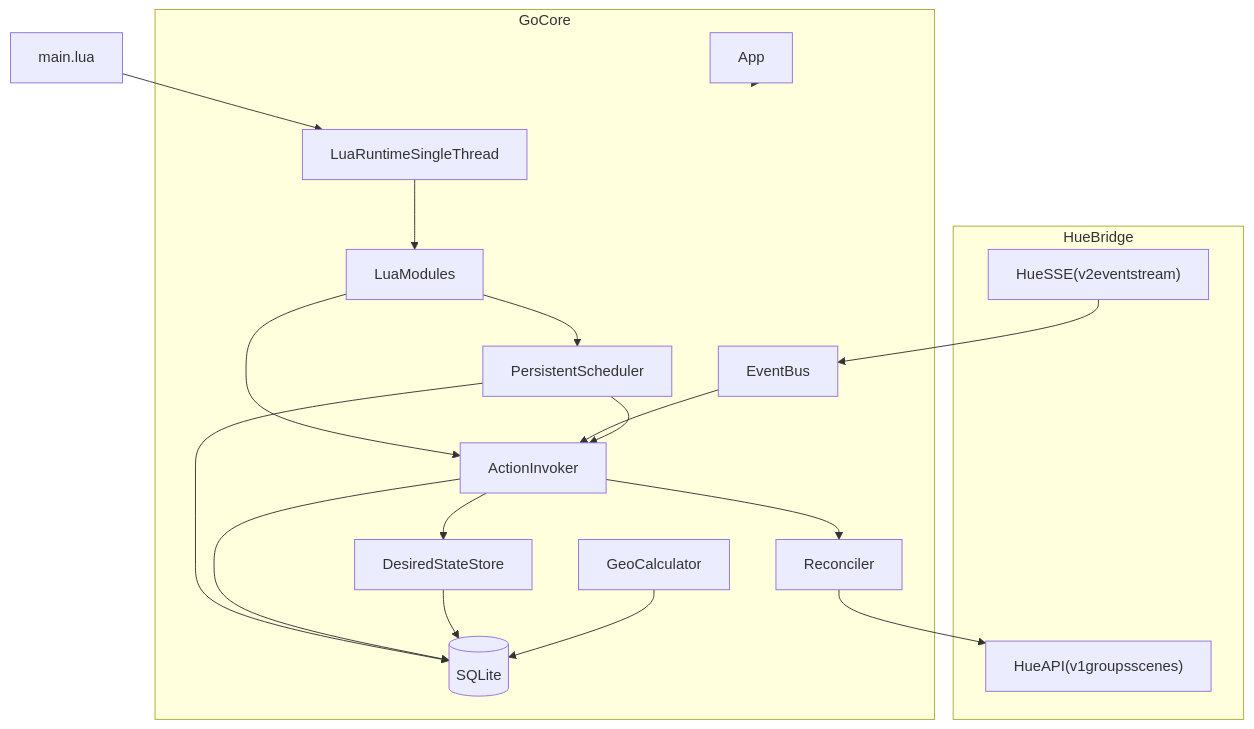
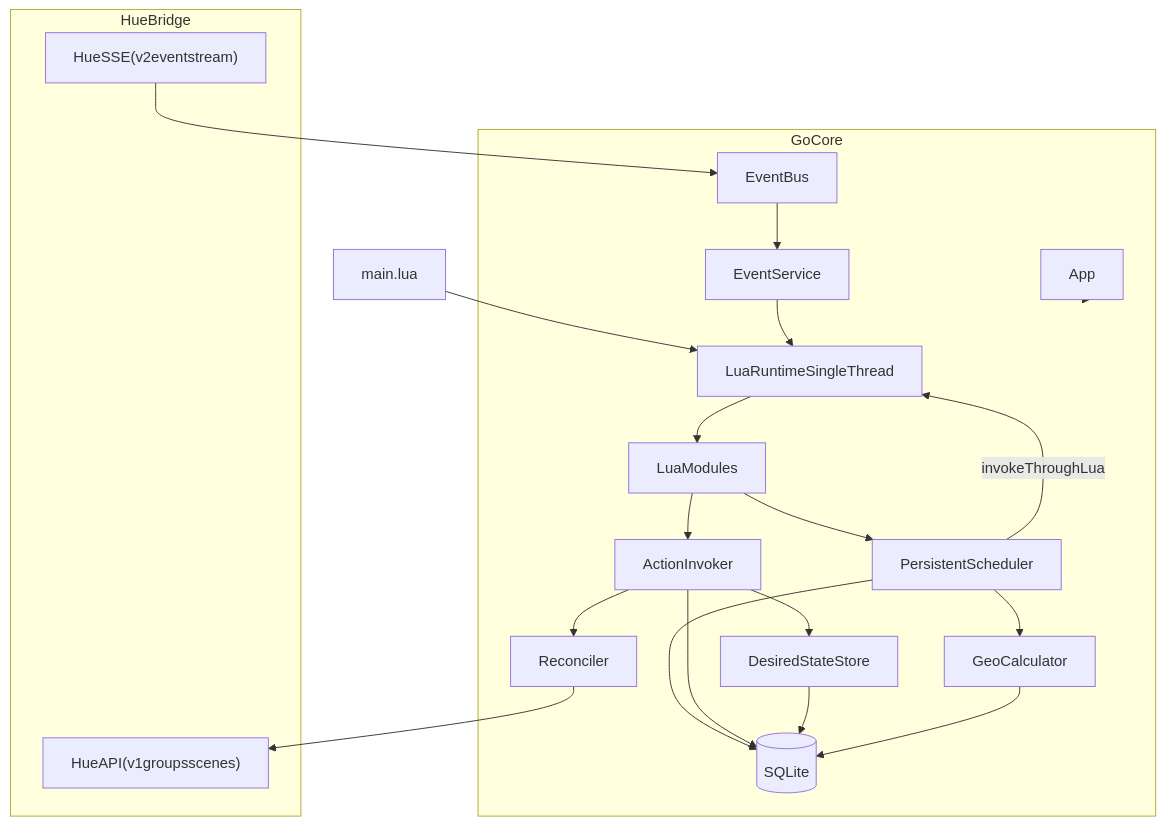
One commit to dokzlo13/lightd changed the first of 3 diagrams in README.md. Above: the diagram before and after it, drawn with Mermaid. The commit also changed other lines of this file, not shown here.

````diff
--- a/README.md
+++ b/README.md
@@ -36,38 +36,41 @@
 ```mermaid
 flowchart TD
   subgraph HueBridge [HueBridge]
     HueApi["HueAPI(v1groupsscenes)"]
     HueSSE["HueSSE(v2eventstream)"]
   end
 
   subgraph Core [GoCore]
     App[App]
     LuaRT[LuaRuntimeSingleThread]
     LuaMods[LuaModules]
+    EventSvc[EventService]
     Scheduler[PersistentScheduler]
     Invoker[ActionInvoker]
     Desired[DesiredStateStore]
     Reconciler[Reconciler]
     Bus[EventBus]
     DB[(SQLite)]
     Geo[GeoCalculator]
   end
 
   Script["main.lua"]
 
   Script --> LuaRT
   LuaRT --> LuaMods
   LuaMods --> Scheduler
   LuaMods --> Invoker
   Invoker --> Desired
   Invoker --> Reconciler
   Reconciler --> HueApi
   HueSSE --> Bus
-  Bus --> Invoker
-  Scheduler --> Invoker
+  Bus --> EventSvc
+  EventSvc --> LuaRT
+  Scheduler -->|"invokeThroughLua"| LuaRT
+  Scheduler --> Geo
   Scheduler --> DB
   Invoker --> DB
   Desired --> DB
   Geo --> DB
   App --> Core
 ```
````
